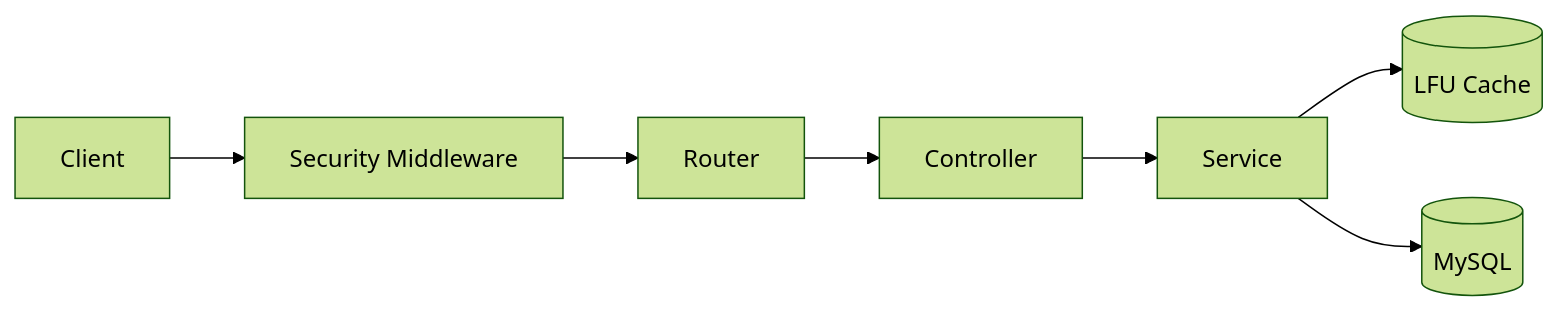
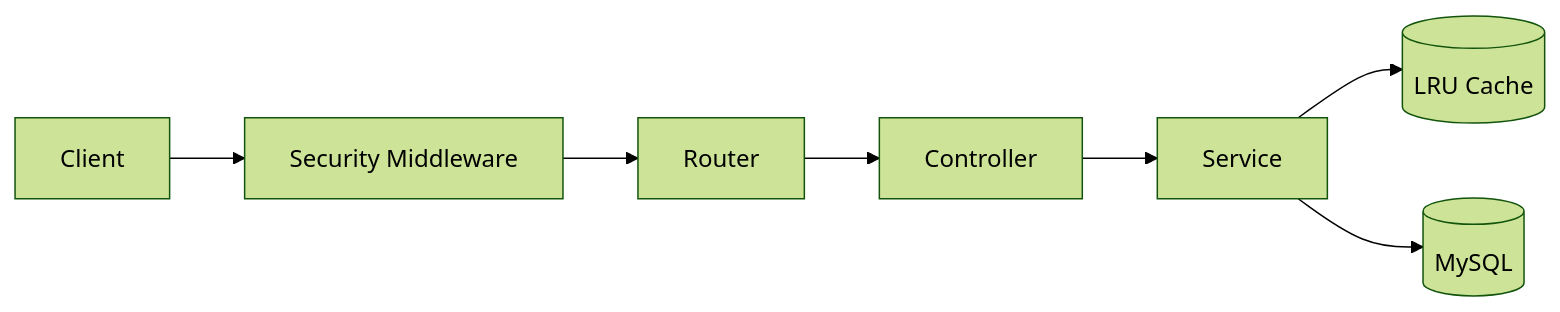
One commit to dipakpm59/url-shortener changed the first of 2 diagrams in README.md. Above: the diagram before and after it, drawn with Mermaid (forest theme). The commit also changed other lines of this file and 10 other files, not shown here.

````diff
--- a/README.md
+++ b/README.md
@@ -93,6 +93,6 @@
 ```mermaid
 flowchart LR
     Client --> MW[Security Middleware] --> Router --> Controller --> Service
-    Service --> Cache[(LFU Cache)]
+    Service --> Cache[(LRU Cache)]
     Service --> DB[(MySQL)]
 ```
````
